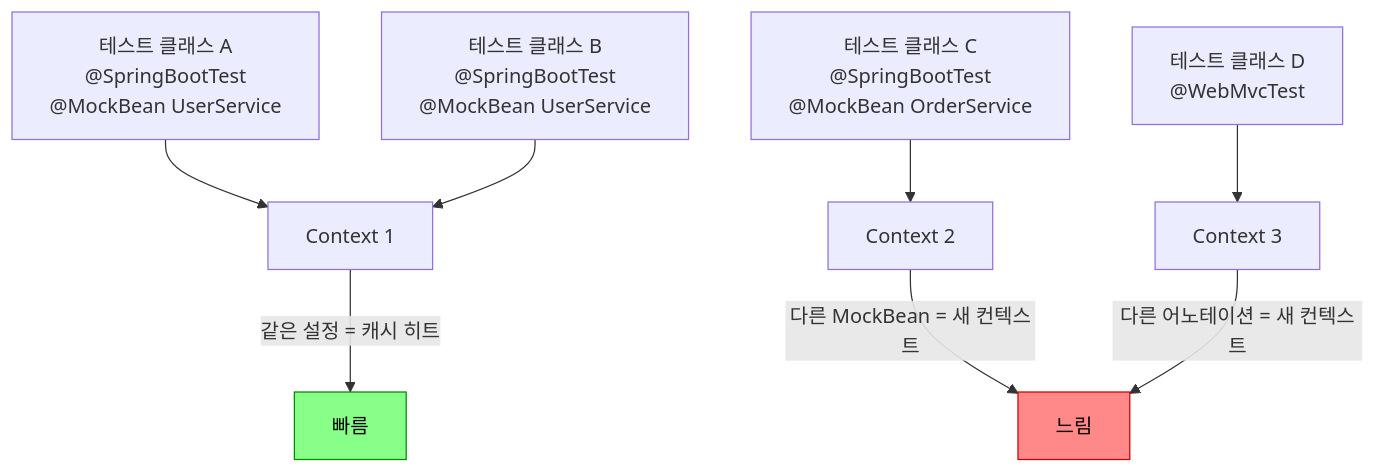
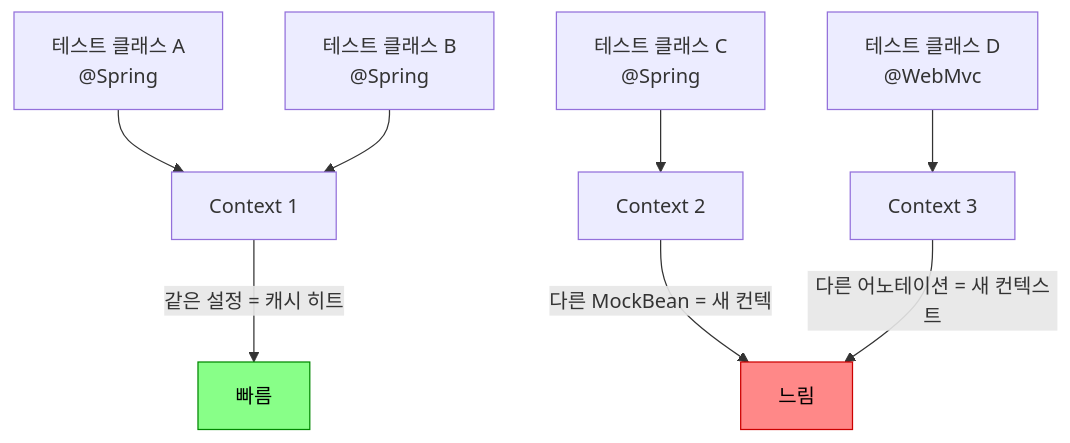
Before and after one commit to yjkim2015/yjkim2015.github.io: the fourth of 4 diagrams in _posts/test/2026-05-03-integration-testing.md, drawn with Mermaid. The commit also changed other lines of this file and 271 other files, not shown here.

First line of the commit message:
Mermaid 라벨 축소: 긴 노드 텍스트 18자 이하로 트림 + \n 제거

````diff
--- a/_posts/test/2026-05-03-integration-testing.md
+++ b/_posts/test/2026-05-03-integration-testing.md
@@ -471,12 +471,12 @@
 ```mermaid
 flowchart TD
-    A["테스트 클래스 A\n@SpringBootTest\n@MockBean UserService"] --> CTX1["Context 1"]
-    B["테스트 클래스 B\n@SpringBootTest\n@MockBean UserService"] --> CTX1
-    C["테스트 클래스 C\n@SpringBootTest\n@MockBean OrderService"] --> CTX2["Context 2"]
-    D["테스트 클래스 D\n@WebMvcTest"] --> CTX3["Context 3"]
+    A["테스트 클래스 A\n@Spring"] --> CTX1["Context 1"]
+    B["테스트 클래스 B\n@Spring"] --> CTX1
+    C["테스트 클래스 C\n@Spring"] --> CTX2["Context 2"]
+    D["테스트 클래스 D\n@WebMvc"] --> CTX3["Context 3"]
     CTX1 -->|"같은 설정 = 캐시 히트"| FAST["빠름"]
-    CTX2 -->|"다른 MockBean = 새 컨텍스트"| SLOW["느림"]
+    CTX2 -->|"다른 MockBean = 새 컨텍"| SLOW["느림"]
     CTX3 -->|"다른 어노테이션 = 새 컨텍스트"| SLOW
     style FAST fill:#8f8,stroke:#080,color:#000
     style SLOW fill:#f88,stroke:#c00,color:#000
 ```
````
